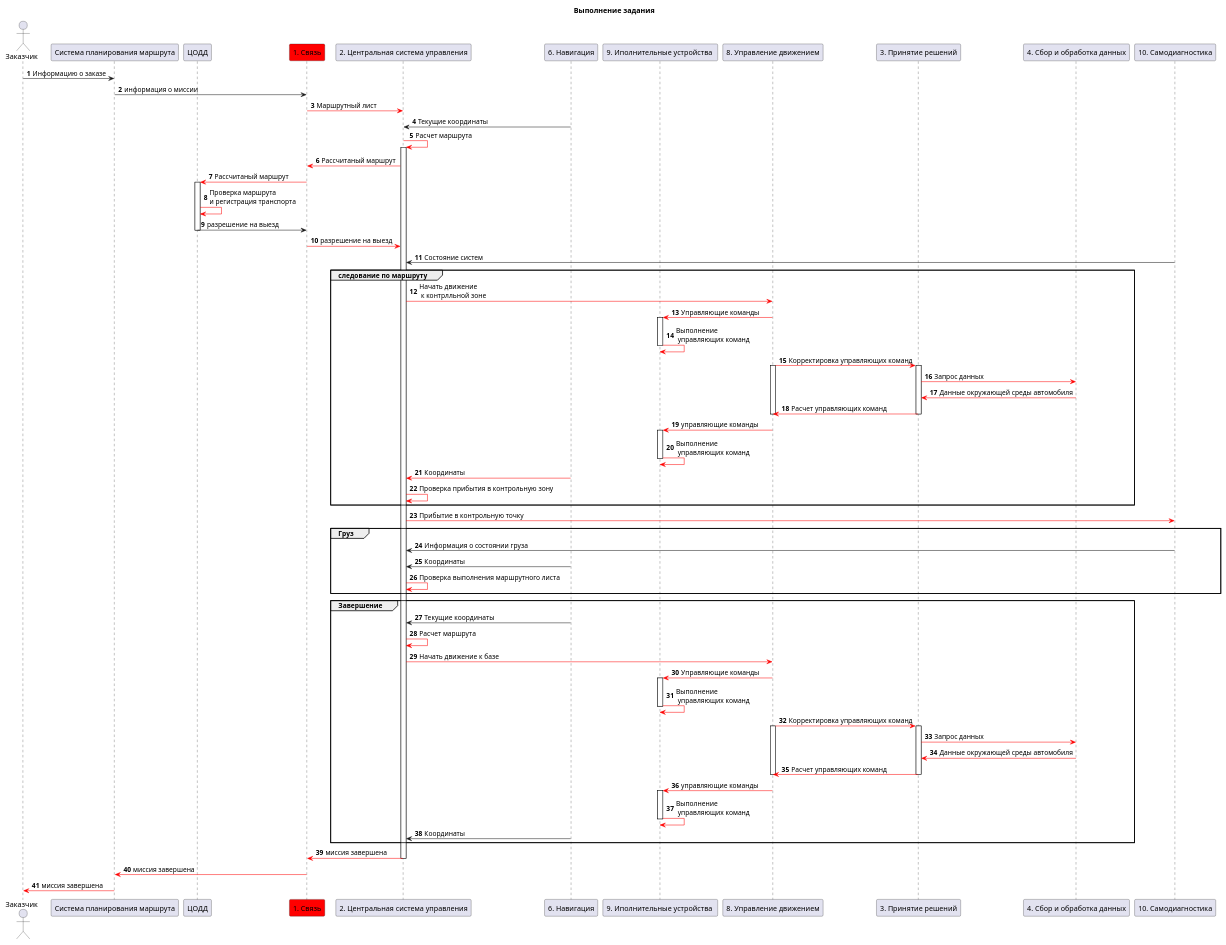
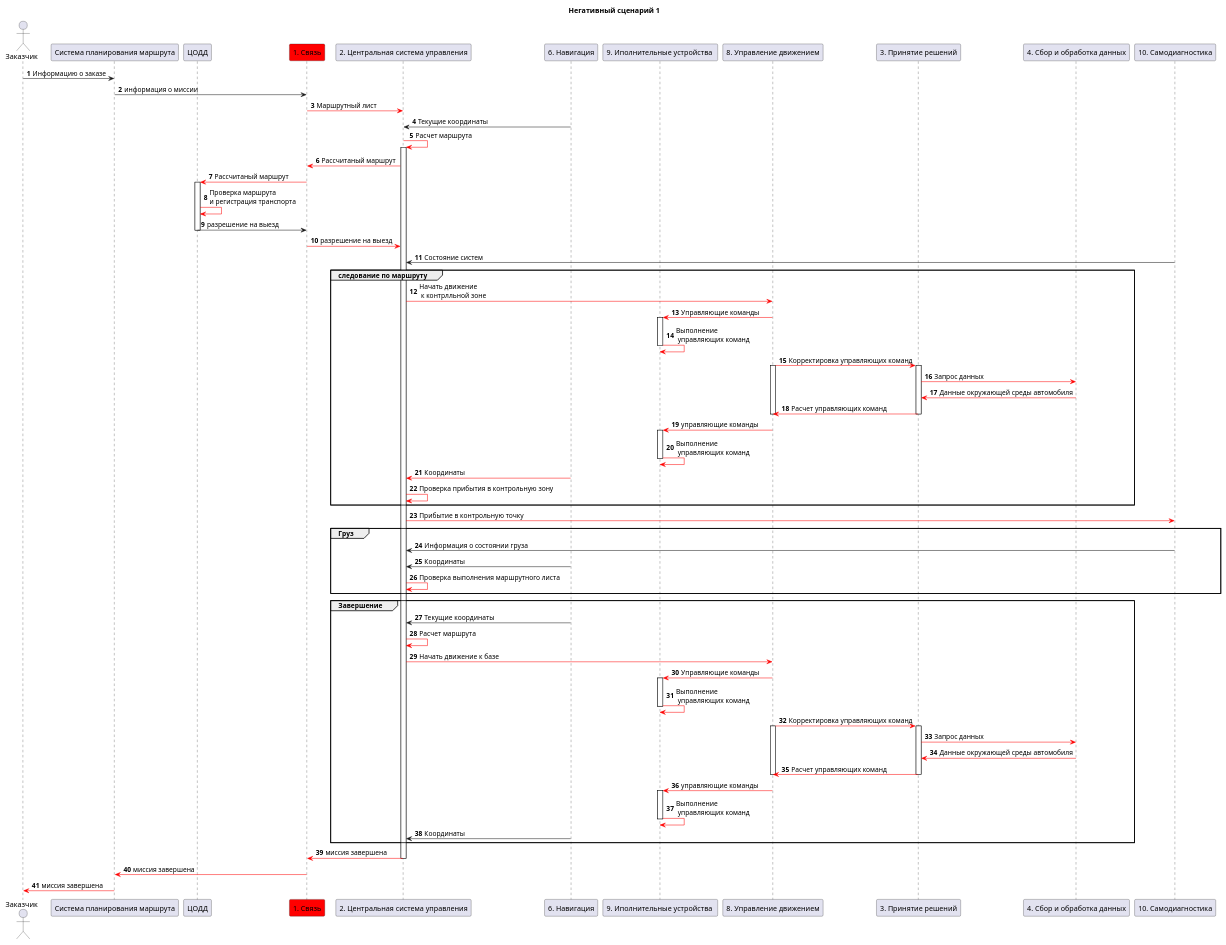
One commit to hedgehogsooo/conditionteams changed the diagram in images/НС-1.puml. Above: the diagram before and after it, drawn with PlantUML. The commit also changed 26 other files, not shown here.

```diff
--- a/images/НС-1.puml
+++ b/images/НС-1.puml
@@ -1,87 +1,87 @@
 @startuml НС-1
-title Выполнение задания
+title Негативный сценарий 1
 autonumber
 
 
 actor "Заказчик" as operator
 participant "Система планирования маршрута" as planingsystem
 participant "ЦОДД" as TSODD
 participant "1. Связь" as connection #Red
 participant "2. Центральная система управления" as centralsystem
 participant "6. Навигация" as navigation
 participant "9. Иполнительные устройства " as actuators 
 participant "8. Управление движением" as traficcontrol
 participant "3. Принятие решений" as spr
 participant "4. Сбор и обработка данных" as data
 participant "10. Самодиагностика" as diagnoctik
 
 
 operator -> planingsystem: Информацию о заказе
 planingsystem-> connection: информация о миссии
 connection -[#Red]> centralsystem : Маршрутный лист
 navigation -> centralsystem : Текущие координаты
 centralsystem -[#Red]> centralsystem ++: Расчет маршрута
 centralsystem -[#Red]> connection: Рассчитаный маршрут
 connection -[#Red]> TSODD ++: Рассчитаный маршрут
 TSODD -[#Red]> TSODD : Проверка маршрута \nи регистрация транспорта
 TSODD -> connection--: разрешение на выезд 
 connection -[#Red]> centralsystem : разрешение на выезд 
 diagnoctik -> centralsystem : Состояние систем 
 
 
 group следование по маршруту
 centralsystem -[#Red]>  traficcontrol: Начать движение \n к контрлльной зоне
 traficcontrol -[#Red]> actuators++: Управляющие команды
 actuators -[#Red]> actuators--: Выполнение \n управляющих команд
 traficcontrol -[#Red]> spr: Корректировка управляющих команд
 traficcontrol++
 spr++
 spr -[#Red]> data: Запрос данных
 data -[#Red]> spr: Данные окружающей среды автомобиля
 spr -[#Red]> traficcontrol: Расчет управляющих команд
 spr--
 traficcontrol--
 traficcontrol -[#Red]> actuators++: управляющие команды
 actuators -[#Red]> actuators--: Выполнение \n управляющих команд
 navigation -[#Red]> centralsystem: Координаты
 centralsystem -[#Red]> centralsystem: Проверка прибытия в контрольную зону
 end
 
 
 centralsystem -[#Red]> diagnoctik: Прибытие в контрольную точку
 group Груз
 diagnoctik -> centralsystem: Информация о состоянии груза
 navigation -> centralsystem: Координаты
 centralsystem -[#Red]> centralsystem: Проверка выполнения маршрутного листа
 end
 
 
 group Завершение 
 navigation -> centralsystem: Текущие координаты
 centralsystem -[#Red]> centralsystem: Расчет маршрута
 centralsystem -[#Red]>  traficcontrol: Начать движение к базе 
 traficcontrol -[#Red]> actuators++: Управляющие команды
 actuators -[#Red]> actuators--: Выполнение \n управляющих команд
 
 
 traficcontrol -[#Red]> spr: Корректировка управляющих команд
 traficcontrol++
 spr++
 spr -[#Red]> data: Запрос данных
 data -[#Red]> spr: Данные окружающей среды автомобиля
 spr -[#Red]> traficcontrol: Расчет управляющих команд
 spr--
 traficcontrol--
 
 traficcontrol -[#Red]> actuators++: управляющие команды
 actuators -[#Red]> actuators--: Выполнение \n управляющих команд
 navigation -> centralsystem: Координаты
 end
 
 
 centralsystem -[#Red]> connection--: миссия завершена
 connection -[#Red]> planingsystem: миссия завершена 
 planingsystem -[#Red]> operator: миссия завершена
 
 
 @enduml
```
